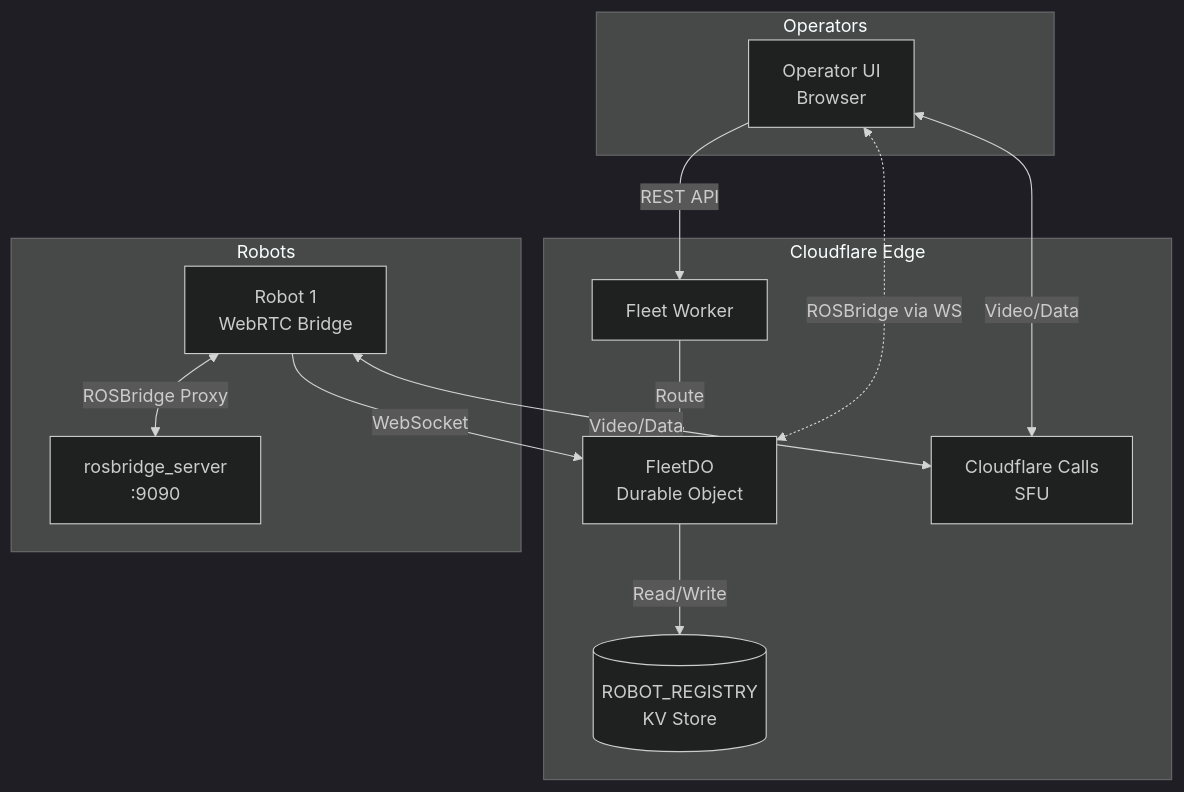
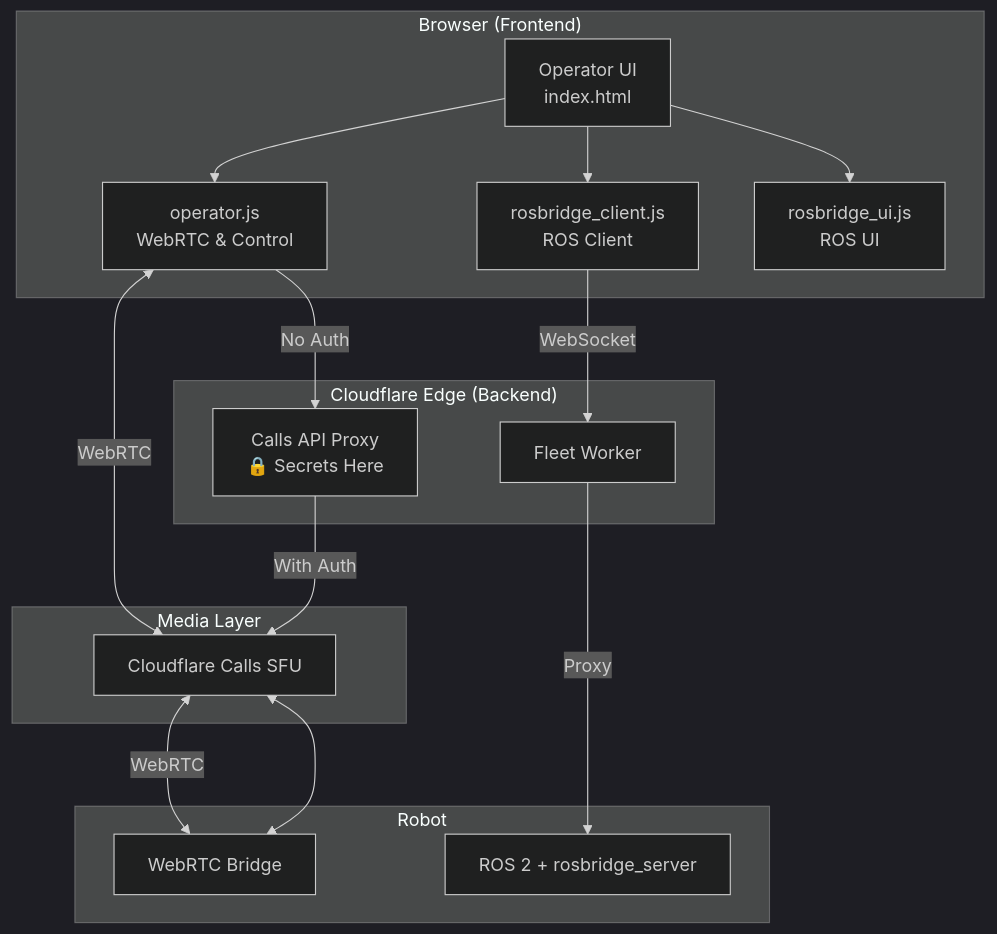
Before and after one commit to BigMuzzy/ugv_ws_pi: the first of 2 diagrams in cloud/frontend/README.md, drawn with Mermaid (dark theme). The commit also changed other lines of this file and 7 other files, not shown here.

First line of the commit message:
Refactor Fleet Operator Frontend and Fleet Worker for Enhanced Security and API Proxy

````diff
--- a/cloud/frontend/README.md
+++ b/cloud/frontend/README.md
@@ -30,27 +21,34 @@
 ```mermaid
 graph TB
-    subgraph "Cloudflare Edge"
+    subgraph "Browser (Frontend)"
+        UI[Operator UI<br/>index.html]
+        OP[operator.js<br/>WebRTC & Control]
+        RB[rosbridge_client.js<br/>ROS Client]
+        RU[rosbridge_ui.js<br/>ROS UI]
+    end
+
+    subgraph "Cloudflare Edge (Backend)"
         W[Fleet Worker]
-        DO[FleetDO<br/>Durable Object]
-        KV[(ROBOT_REGISTRY<br/>KV Store)]
-        SFU[Cloudflare Calls<br/>SFU]
+        API[Calls API Proxy<br/>🔒 Secrets Here]
     end
-    
-    subgraph "Robots"
-        R1[Robot 1<br/>WebRTC Bridge]
-        RB[rosbridge_server<br/>:9090]
+
+    subgraph "Media Layer"
+        SFU[Cloudflare Calls SFU]
     end
-    
-    subgraph "Operators"
-        O1[Operator UI<br/>Browser]
+
+    subgraph "Robot"
+        R[WebRTC Bridge]
+        ROS[ROS 2 + rosbridge_server]
     end
-    
-    R1 -->|WebSocket| DO
-    DO -->|Read/Write| KV
-    O1 -->|REST API| W
-    W -->|Route| DO
-    R1 <-->|Video/Data| SFU
-    O1 <-->|Video/Data| SFU
-    O1 <-.->|ROSBridge via WS| DO
-    R1 <-->|ROSBridge Proxy| RB
+
+    UI --> OP
+    UI --> RB
+    UI --> RU
+    OP -->|No Auth| API
+    API -->|With Auth| SFU
+    RB -->|WebSocket| W
+    W -->|Proxy| ROS
+    OP <-->|WebRTC| SFU
+    R <-->|WebRTC| SFU
+    SFU <--> R
 ```
````
